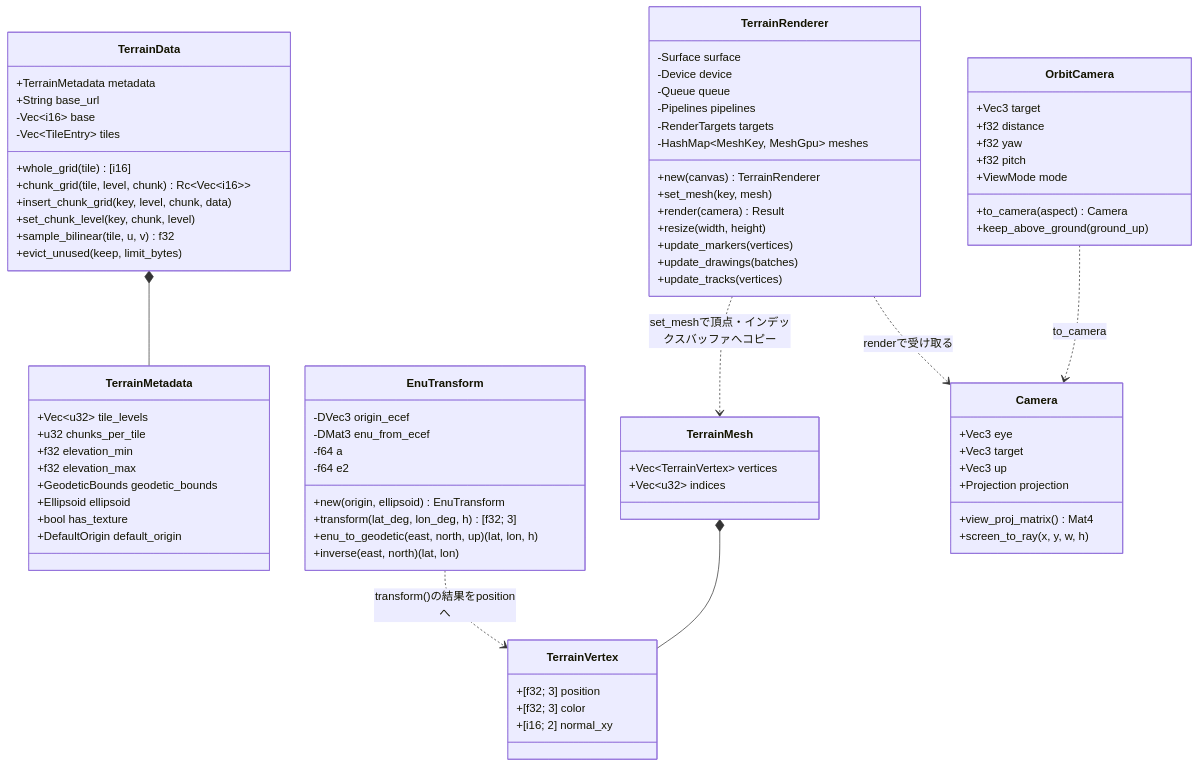
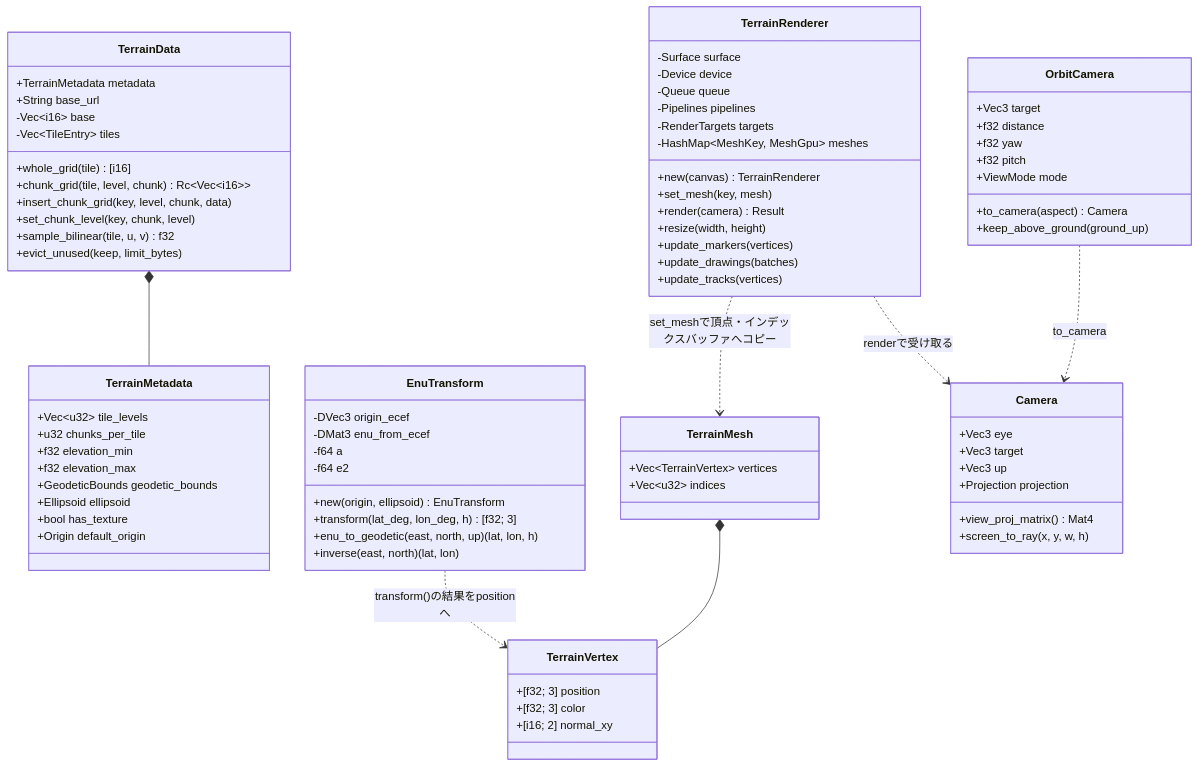
The third of 6 diagrams in docs/DETAILED_DESIGN.md (ham1a6/SimulationView), drawn with Mermaid before and after one commit. The commit also changed other lines of this file and 9 other files, not shown here.

```diff
--- a/docs/DETAILED_DESIGN.md
+++ b/docs/DETAILED_DESIGN.md
@@ -343,7 +343,7 @@
         +GeodeticBounds geodetic_bounds
         +Ellipsoid ellipsoid
         +bool has_texture
-        +DefaultOrigin default_origin
+        +Origin default_origin
     }
     class TerrainData {
         +TerrainMetadata metadata
```
